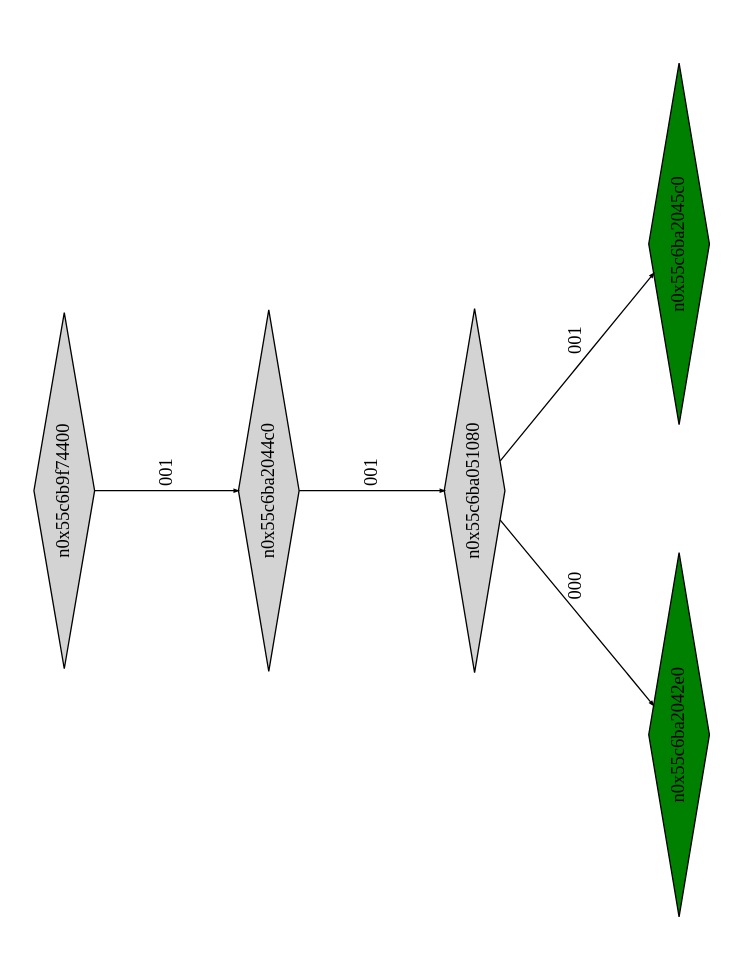
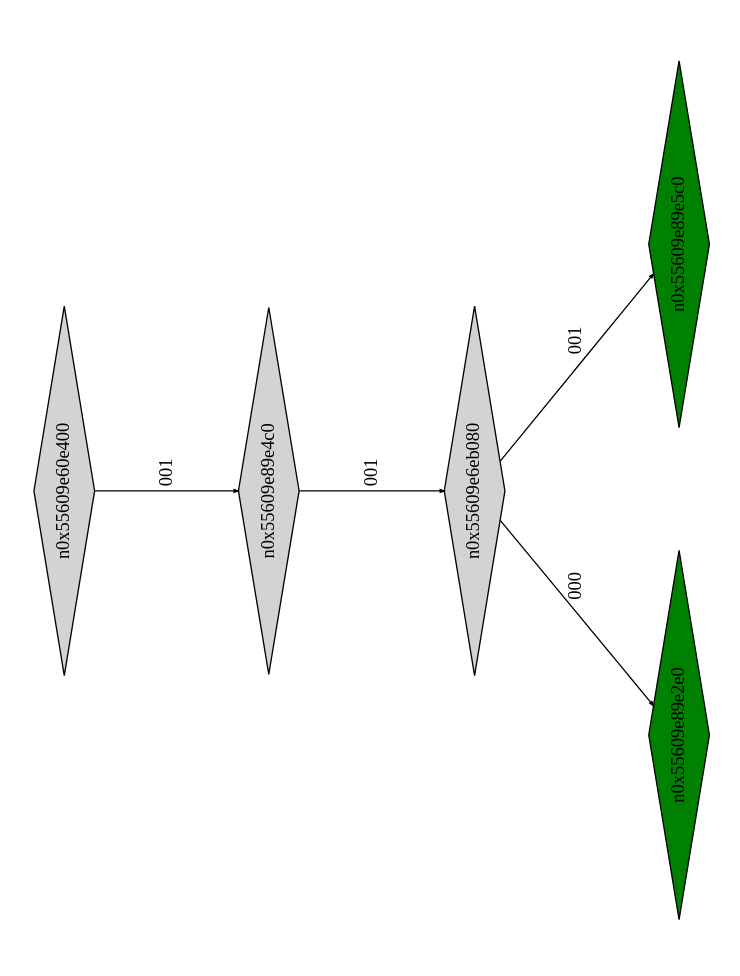
The diagram in example4_klee_out/ptree_00000790.dot (Research-Tools-PAVT/PSE-Program-Examples), drawn with Graphviz before and after one commit. The commit also changed 80 other files, not shown here.

```diff
--- a/example4_klee_out/ptree_00000790.dot
+++ b/example4_klee_out/ptree_00000790.dot
@@ -1,17 +1,17 @@
 digraph G {
 	size="10,7.5";
 	ratio=fill;
 	rotate=90;
 	center = "true";
 	node [style="filled",width=.1,height=.1,fontname="Terminus"]
 	edge [arrowsize=.3]
-	n0x55c6b9f74400 [shape=diamond];
-	n0x55c6b9f74400 -> n0x55c6ba2044c0 [label=001];
-	n0x55c6ba2044c0 [shape=diamond];
-	n0x55c6ba2044c0 -> n0x55c6ba051080 [label=001];
-	n0x55c6ba051080 [shape=diamond];
-	n0x55c6ba051080 -> n0x55c6ba2042e0 [label=000];
-	n0x55c6ba051080 -> n0x55c6ba2045c0 [label=001];
-	n0x55c6ba2045c0 [shape=diamond,fillcolor=green];
-	n0x55c6ba2042e0 [shape=diamond,fillcolor=green];
+	n0x55609e60e400 [shape=diamond];
+	n0x55609e60e400 -> n0x55609e89e4c0 [label=001];
+	n0x55609e89e4c0 [shape=diamond];
+	n0x55609e89e4c0 -> n0x55609e6eb080 [label=001];
+	n0x55609e6eb080 [shape=diamond];
+	n0x55609e6eb080 -> n0x55609e89e2e0 [label=000];
+	n0x55609e6eb080 -> n0x55609e89e5c0 [label=001];
+	n0x55609e89e5c0 [shape=diamond,fillcolor=green];
+	n0x55609e89e2e0 [shape=diamond,fillcolor=green];
 }
```
